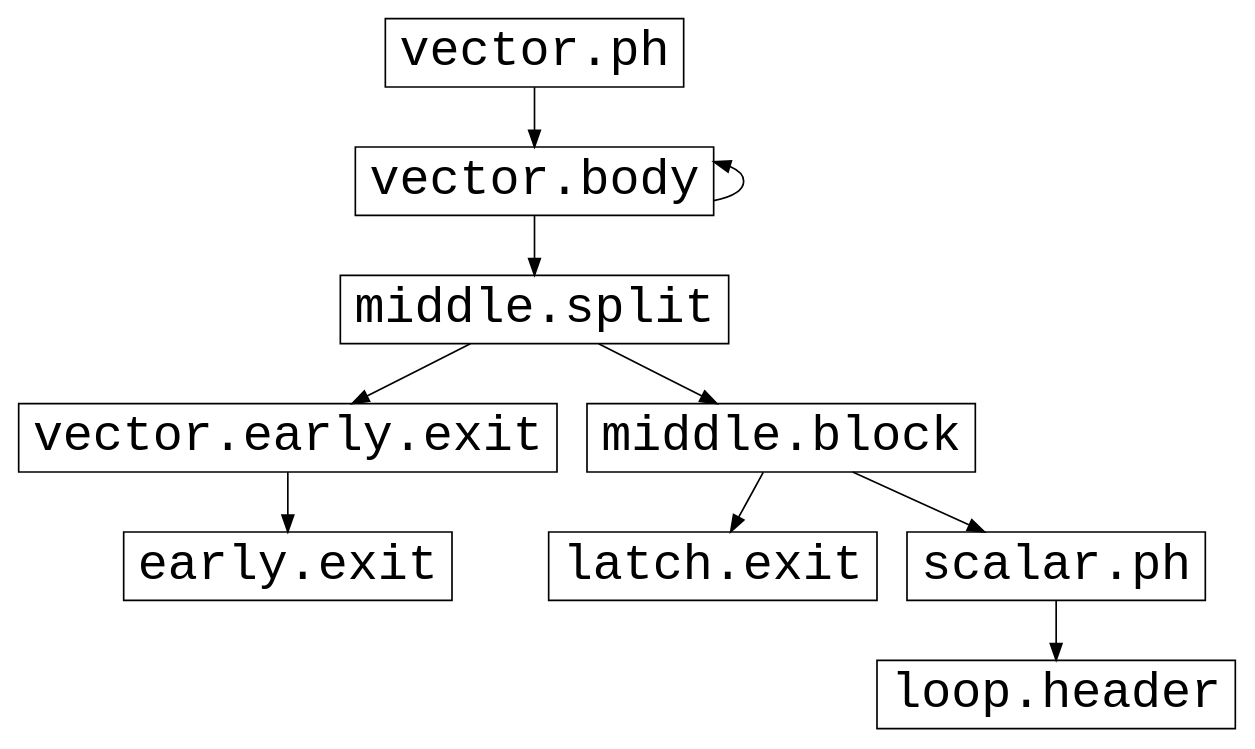
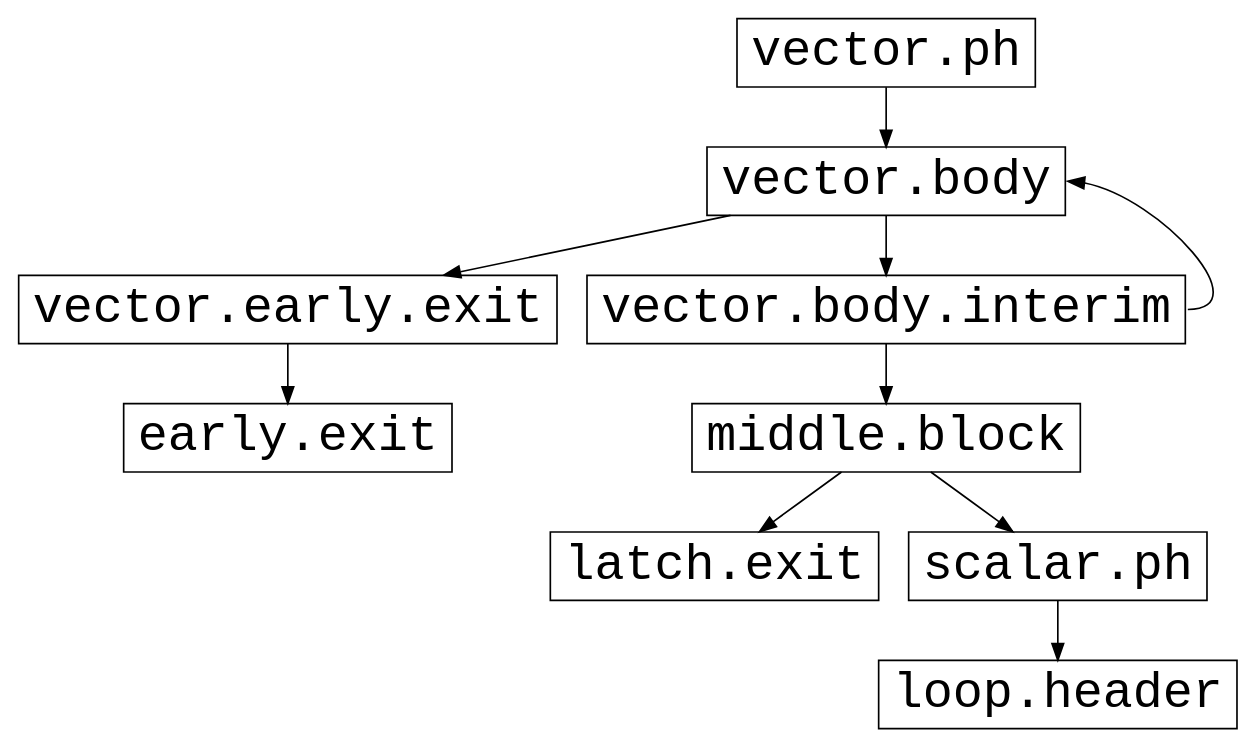
Before and after one commit to nekoshirro/Alchemist-LLVM: the diagram in llvm/docs/vplan-early-exit-lowered.dot, drawn with Graphviz. The commit also changed 15 other files, not shown here.

```diff
--- a/llvm/docs/vplan-early-exit-lowered.dot
+++ b/llvm/docs/vplan-early-exit-lowered.dot
@@ -1,40 +1,40 @@
 digraph VPlan {
 graph [labelloc=t, fontsize=30; label=""]
 node [shape=rect, fontname=Courier, fontsize=30]
 edge [fontname=Courier, fontsize=30]
 compound=true
   N1 [label =
     "vector.ph"
   ]
   N1 -> N2 [ label=""]
   N2 [label ="vector.body"]
+  N2 -> N5 [ label=""]
   N2 -> N4 [ label=""]
-  N2 -> N2 [ label="" dir=back]
   N4 [label =
-    "middle.split"
+    "vector.body.interim"
   ]
-  N4 -> N5 [ label=""]
   N4 -> N7 [ label=""]
+  N4:e -> N2:e [ label=""]
   N5 [label =
     "vector.early.exit"
   ]
   N5 -> N6 [ label=""]
   N6 [label =
     "early.exit"
   ]
   N7 [label =
     "middle.block"
   ]
   N7 -> N10 [ label=""]
   N7 -> N8 [ label=""]
   N8 [label =
     "scalar.ph"
   ]
   N8 -> N9 [ label=""]
   N9 [label =
     "loop.header"
   ]
   N10 [label =
     "latch.exit"
   ]
 }
```
